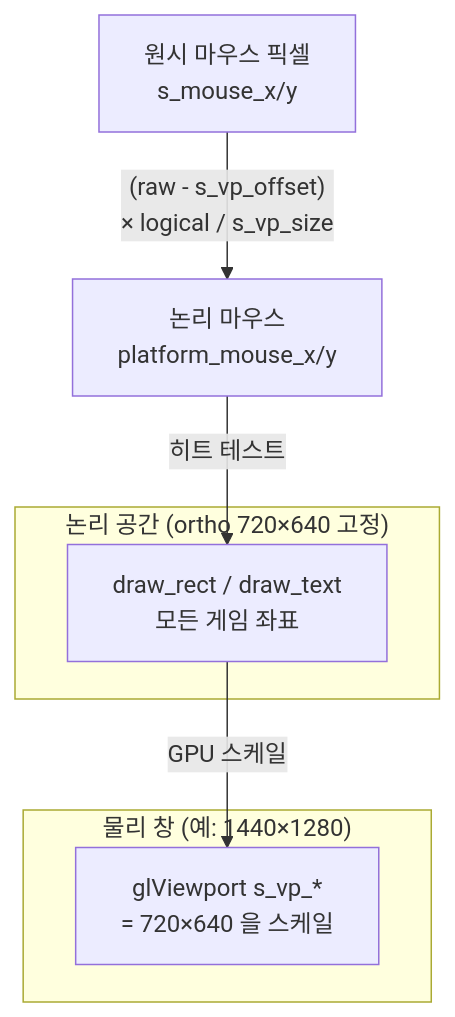
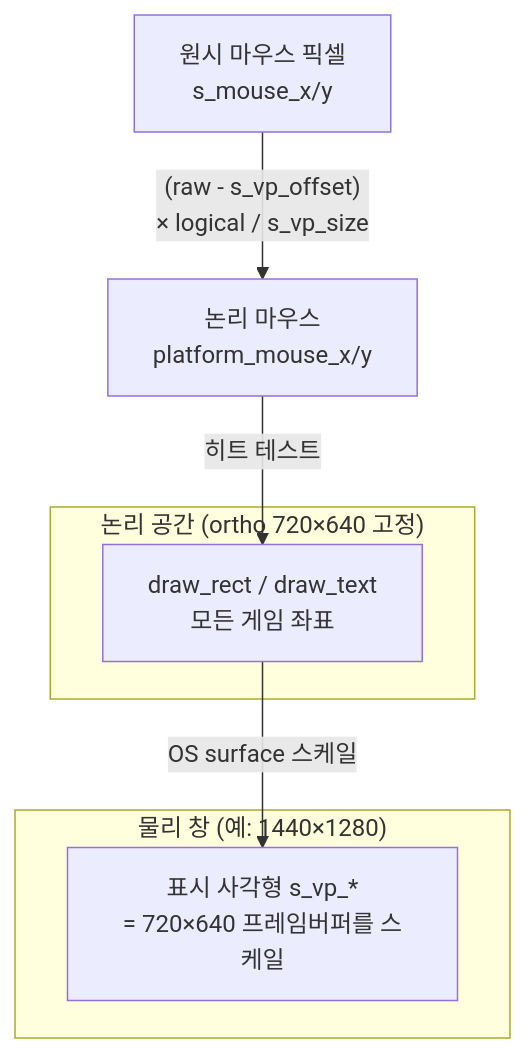
Before and after one commit to Rein-ArXiv/Tetris-Multiplayer-RL: the second of 2 diagrams in docs/blog/part11-settings-and-options.md, drawn with Mermaid. The commit also changed other lines of this file and 20 other files, not shown here.

````diff
--- a/docs/blog/part11-settings-and-options.md
+++ b/docs/blog/part11-settings-and-options.md
@@ -633,12 +627,12 @@
 ```mermaid
 graph TB
     subgraph Logical["논리 공간 (ortho 720×640 고정)"]
         L[draw_rect / draw_text<br/>모든 게임 좌표]
     end
     subgraph Physical["물리 창 (예: 1440×1280)"]
-        VP["glViewport s_vp_*<br/>= 720×640 을 스케일"]
+        VP["표시 사각형 s_vp_*<br/>= 720×640 프레임버퍼를 스케일"]
     end
-    L -->|GPU 스케일| VP
+    L -->|OS surface 스케일| VP
     M["원시 마우스 픽셀<br/>s_mouse_x/y"] -->|"(raw - s_vp_offset)<br/>× logical / s_vp_size"| LM["논리 마우스<br/>platform_mouse_x/y"]
     LM -->|히트 테스트| L
 ```
````
